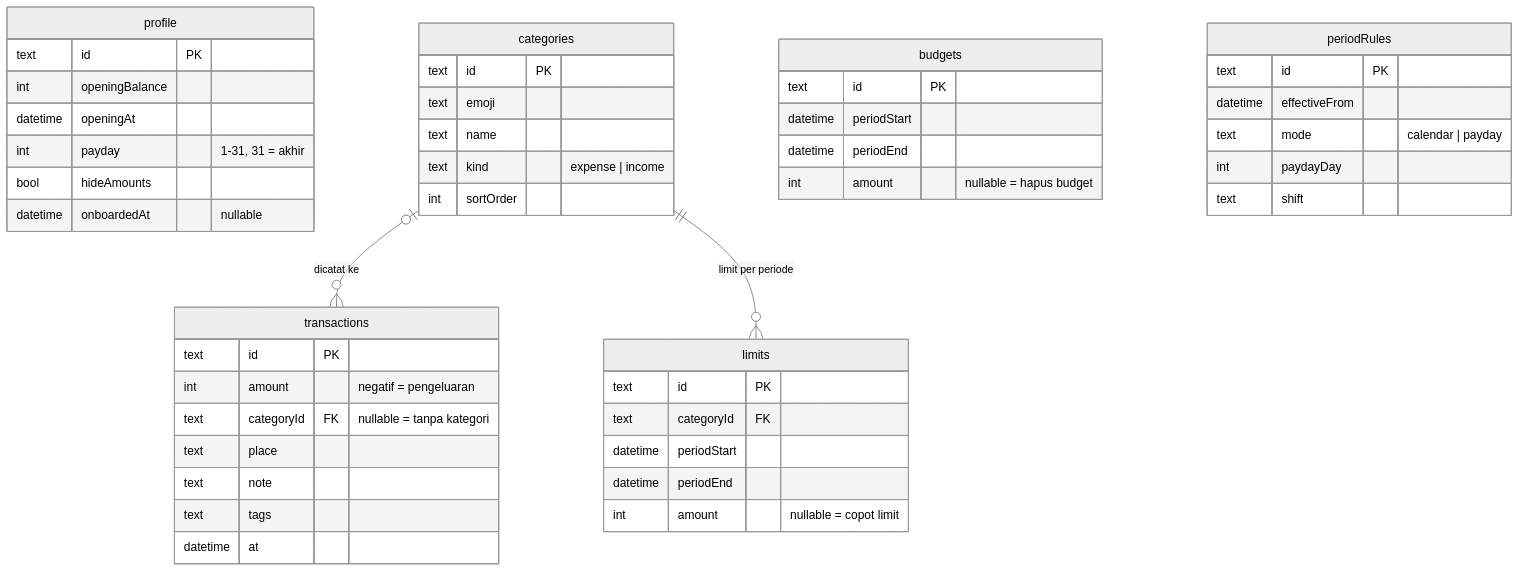
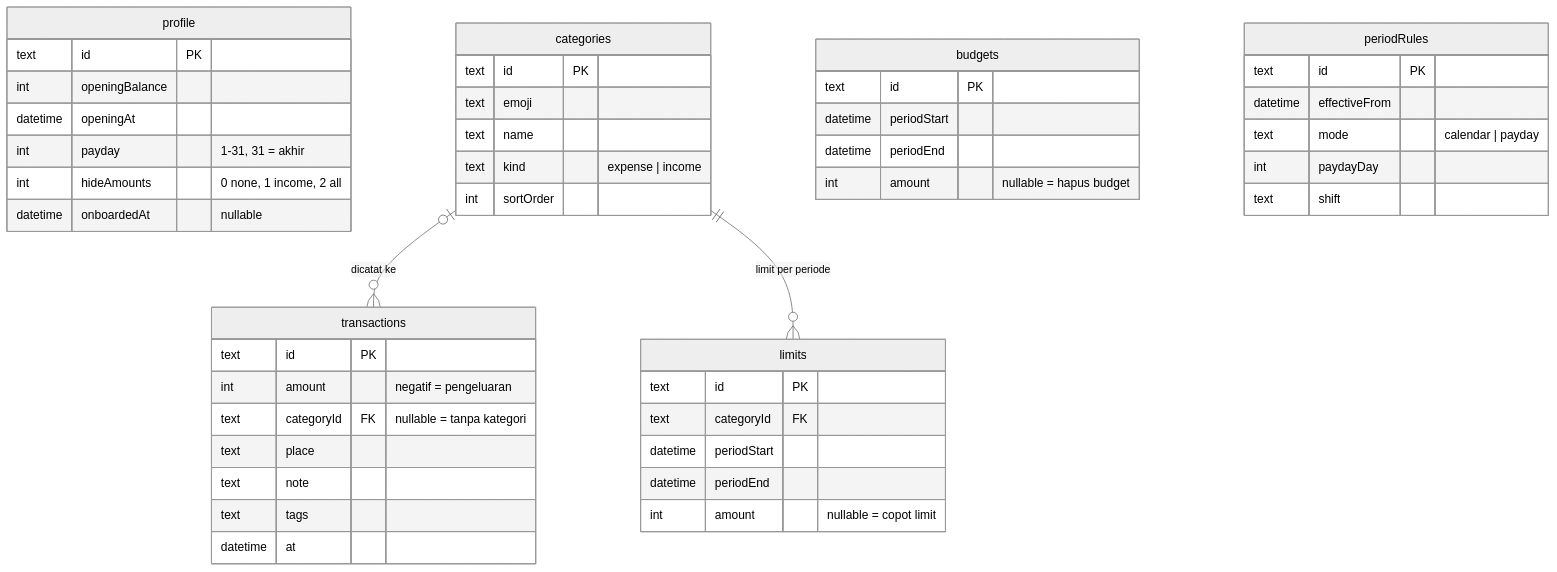
One commit to choiruladamm/mibu changed the diagram in docs/MVP_PLAN.md. Above: the diagram before and after it, drawn with Mermaid (neutral theme). The commit also changed other lines of this file and 25 other files, not shown here.

First line of the commit message:
feat(privacy): hide income only (99.5)

````diff
--- a/docs/MVP_PLAN.md
+++ b/docs/MVP_PLAN.md
@@ -36,49 +36,49 @@
 ```mermaid
 erDiagram
     profile {
         text id PK
         int openingBalance
         datetime openingAt
         int payday "1-31, 31 = akhir"
-        bool hideAmounts
+        int hideAmounts "0 none, 1 income, 2 all"
         datetime onboardedAt "nullable"
     }
     categories {
         text id PK
         text emoji
         text name
         text kind "expense | income"
         int sortOrder
     }
     transactions {
         text id PK
         int amount "negatif = pengeluaran"
         text categoryId FK "nullable = tanpa kategori"
         text place
         text note
         text tags
         datetime at
     }
     budgets {
         text id PK
         datetime periodStart
         datetime periodEnd
         int amount "nullable = hapus budget"
     }
     limits {
         text id PK
         text categoryId FK
         datetime periodStart
         datetime periodEnd
         int amount "nullable = copot limit"
     }
     periodRules {
         text id PK
         datetime effectiveFrom
         text mode "calendar | payday"
         int paydayDay
         text shift
     }
     categories |o--o{ transactions : "dicatat ke"
     categories ||--o{ limits : "limit per periode"
 ```
````
